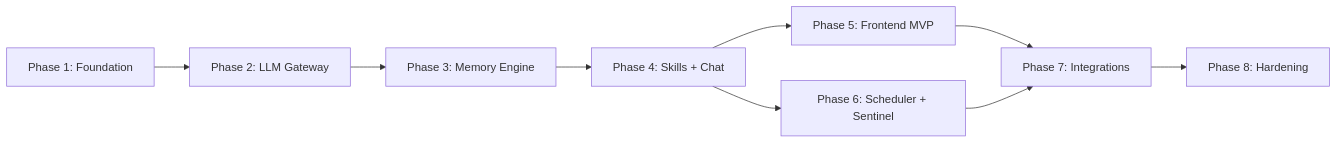
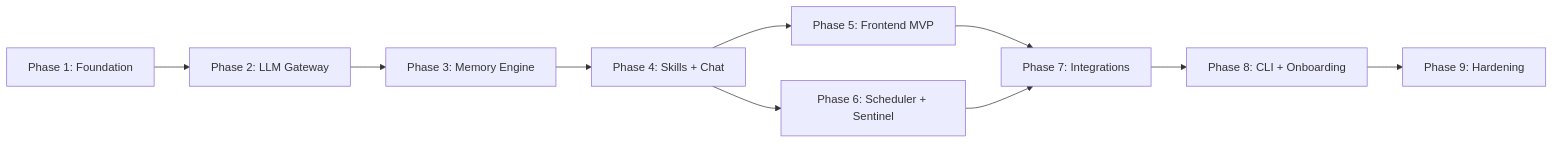
The diagram in .cursor/plans/talon_implementation_strategy_3fab63f7.plan.md (philga7/talon), drawn with Mermaid before and after one commit. The commit also changed other lines of this file and 1 other file, not shown here.

First line of the commit message:
docs: add Phase 8 (CLI + Onboarding), renumber Hardening to Phase 9

````diff
--- a/.cursor/plans/talon_implementation_strategy_3fab63f7.plan.md
+++ b/.cursor/plans/talon_implementation_strategy_3fab63f7.plan.md
@@ -40,11 +43,12 @@
 ```mermaid
 graph LR
     P1[Phase 1: Foundation] --> P2[Phase 2: LLM Gateway]
     P2 --> P3[Phase 3: Memory Engine]
     P3 --> P4[Phase 4: Skills + Chat]
     P4 --> P5[Phase 5: Frontend MVP]
     P4 --> P6[Phase 6: Scheduler + Sentinel]
     P5 --> P7[Phase 7: Integrations]
     P6 --> P7
-    P7 --> P8[Phase 8: Hardening]
+    P7 --> P8[Phase 8: CLI + Onboarding]
+    P8 --> P9[Phase 9: Hardening]
 ```
````
